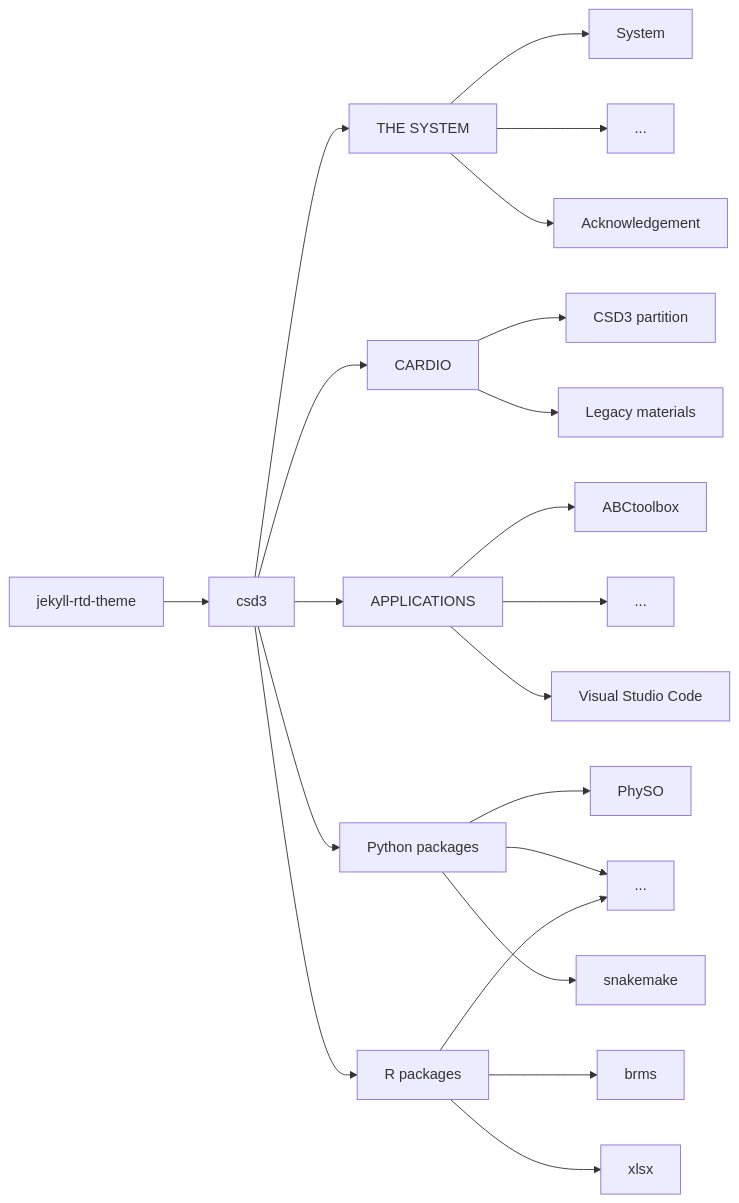
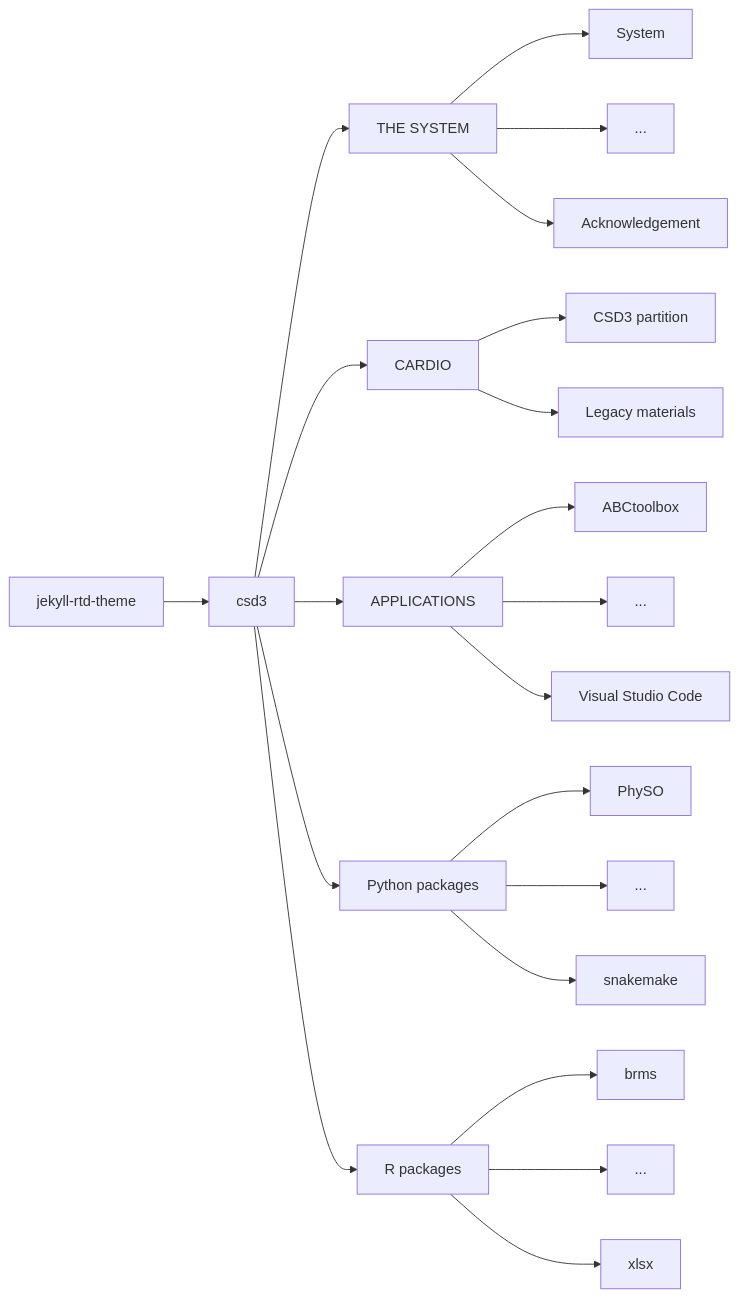
Before and after one commit to cambridge-ceu/csd3: the diagram in README.md, drawn with Mermaid.

````diff
--- a/README.md
+++ b/README.md
@@ -10,23 +10,23 @@
 ```mermaid
 graph LR;
 jekyll-rtd-theme --> csd3
 csd3 --> system["THE SYSTEM"]
 csd3 --> cardio["CARDIO"]
 csd3 --> applications["APPLICATIONS"]
 csd3 --> Python["Python packages"]
 csd3 --> R["R packages"]
 system --> System
 system --> sysdot["..."]
 system --> Acknowledgement
 cardio --> cp["CSD3 partition"]
 cardio --> lm["Legacy materials"]
 applications --> ABCtoolbox
 applications --> appdot["..."]
 applications --> vsc["Visual Studio Code"]
 Python --> PhySO
-Python --> Rdot["..."]
+Python --> Pythondot["..."]
 Python --> snakemake
 R --> brms
 R --> Rdot["..."]
 R --> xlsx
 ```
````
